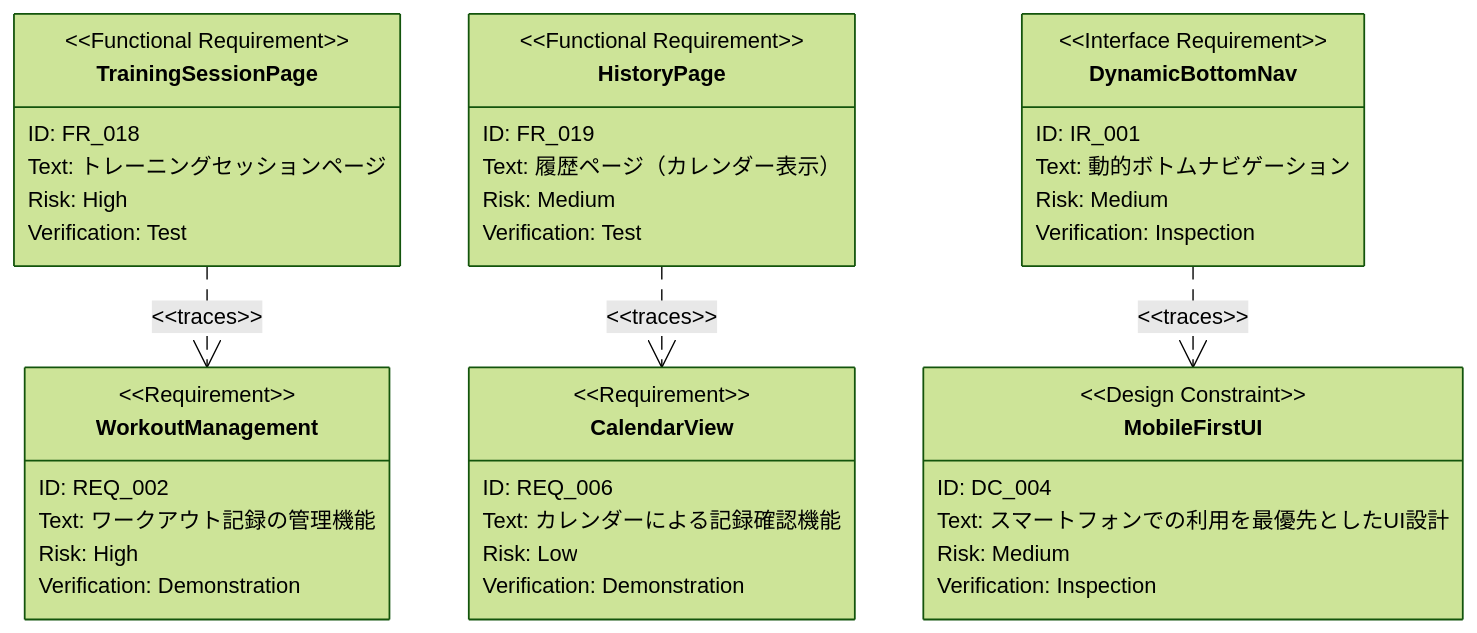
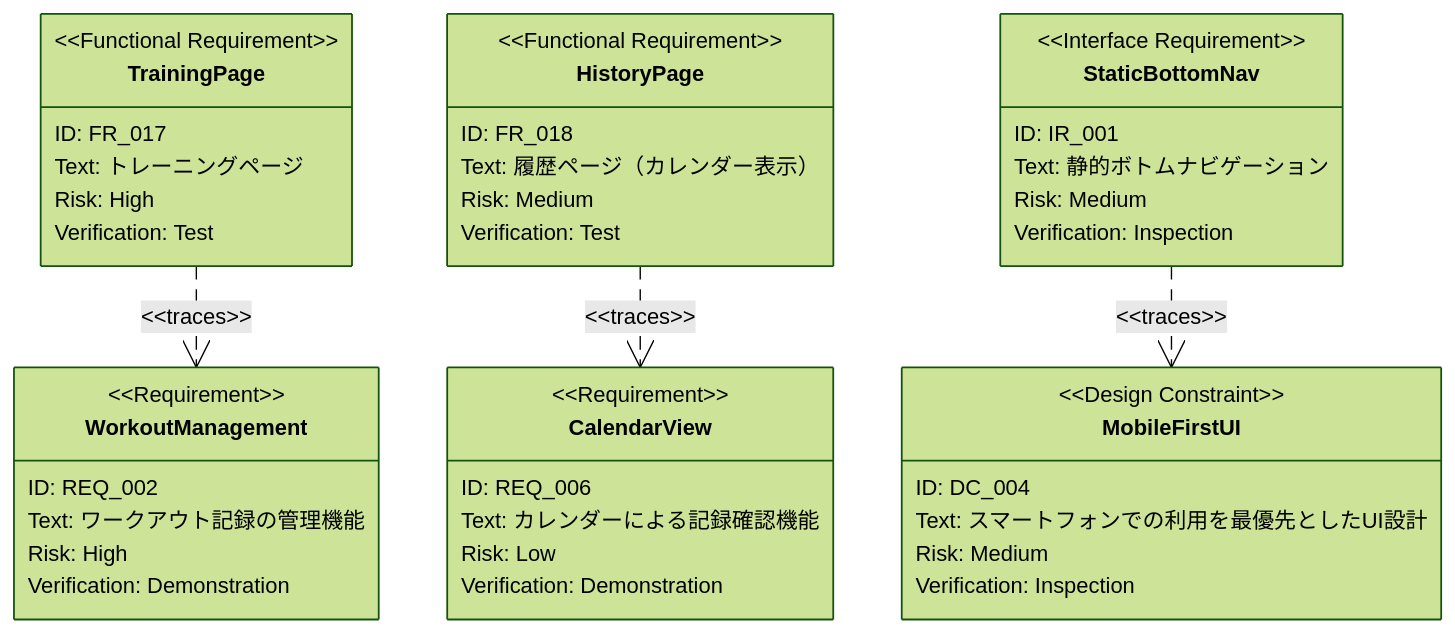
One commit to SakumaTakuya/gymini changed the fifth of 5 diagrams in .sdd/requirement/navigation.md. Above: the diagram before and after it, drawn with Mermaid (forest theme). The commit also changed other lines of this file and 2 other files, not shown here.

First line of the commit message:
Refactor navigation PRD: static bottom nav with FAB area

````diff
--- a/.sdd/requirement/navigation.md
+++ b/.sdd/requirement/navigation.md
@@ -241,48 +231,48 @@
 ```mermaid
 requirementDiagram
-    functionalRequirement TrainingSessionPage {
-        id: FR_018
-        text: "トレーニングセッションページ"
+    functionalRequirement TrainingPage {
+        id: FR_017
+        text: "トレーニングページ"
         risk: high
         verifymethod: test
     }
 
     functionalRequirement HistoryPage {
-        id: FR_019
+        id: FR_018
         text: "履歴ページ（カレンダー表示）"
         risk: medium
         verifymethod: test
     }
 
-    interfaceRequirement DynamicBottomNav {
+    interfaceRequirement StaticBottomNav {
         id: IR_001
-        text: "動的ボトムナビゲーション"
+        text: "静的ボトムナビゲーション"
         risk: medium
         verifymethod: inspection
     }
 
     requirement WorkoutManagement {
         id: REQ_002
         text: "ワークアウト記録の管理機能"
         risk: high
         verifymethod: demonstration
     }
 
     requirement CalendarView {
         id: REQ_006
         text: "カレンダーによる記録確認機能"
         risk: low
         verifymethod: demonstration
     }
 
     designConstraint MobileFirstUI {
         id: DC_004
         text: "スマートフォンでの利用を最優先としたUI設計"
         risk: medium
         verifymethod: inspection
     }
 
-    TrainingSessionPage - traces -> WorkoutManagement
+    TrainingPage - traces -> WorkoutManagement
     HistoryPage - traces -> CalendarView
-    DynamicBottomNav - traces -> MobileFirstUI
+    StaticBottomNav - traces -> MobileFirstUI
 ```
````
